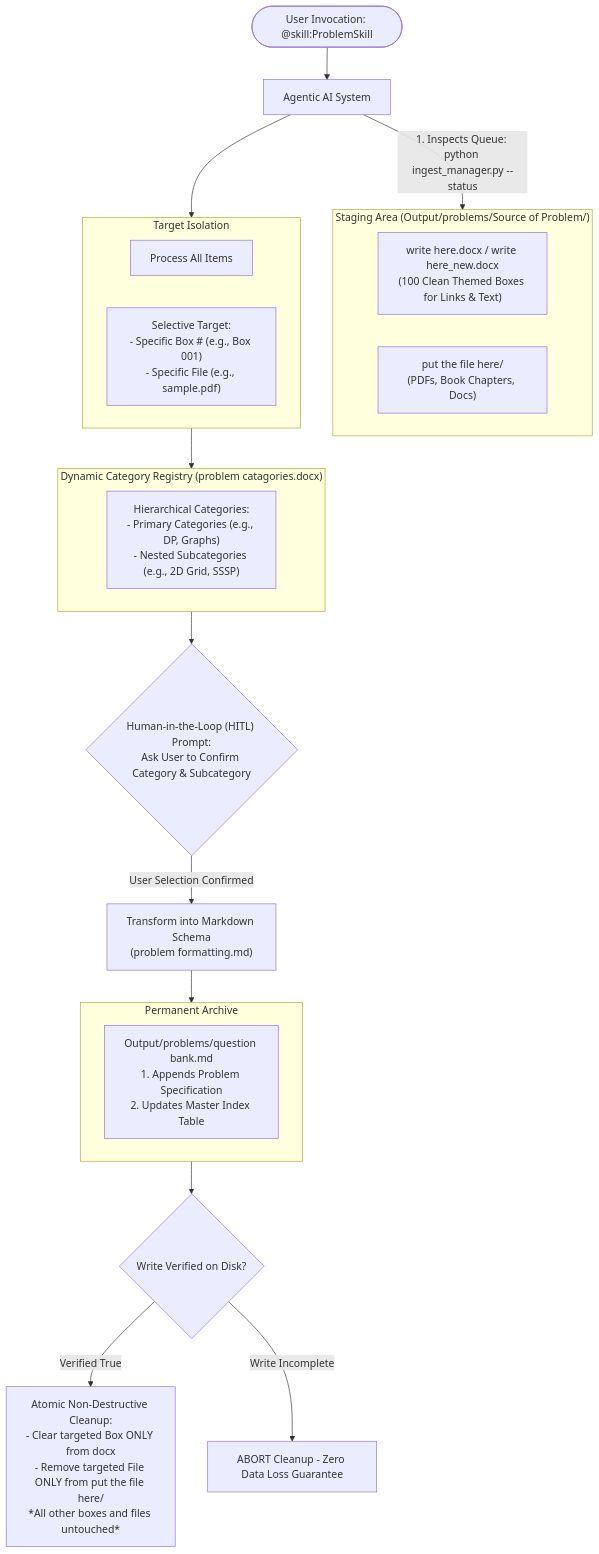
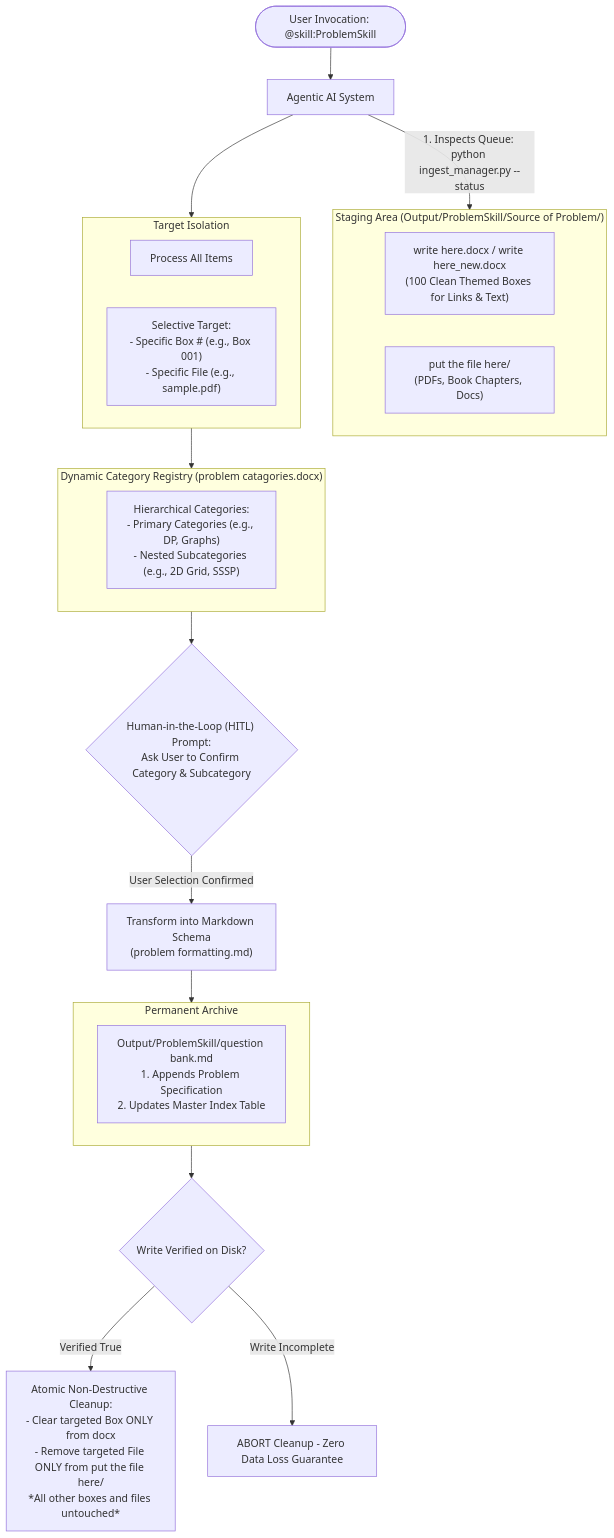
The diagram in .agent/skills/ProblemSkill/SkillArchitecture/README.md (AkmKawser/Science_Of_Coding), drawn with Mermaid before and after one commit. The commit also changed other lines of this file and 15 other files, not shown here.

Commit message:
Organize Output directory into skill-specific output folders (ProblemSkill and cpbook4)

````diff
--- a/.agent/skills/ProblemSkill/SkillArchitecture/README.md
+++ b/.agent/skills/ProblemSkill/SkillArchitecture/README.md
@@ -11,39 +11,39 @@
 ```mermaid
 flowchart TD
     User([User Invocation: @skill:ProblemSkill]) --> Agent[Agentic AI System]
     
-    subgraph StagingArea["Staging Area (Output/problems/Source of Problem/)"]
+    subgraph StagingArea["Staging Area (Output/ProblemSkill/Source of Problem/)"]
         Docx["write here.docx / write here_new.docx<br/>(100 Clean Themed Boxes for Links & Text)"]
         Files["put the file here/<br/>(PDFs, Book Chapters, Docs)"]
     end
     
     Agent -->|1. Inspects Queue: python ingest_manager.py --status| StagingArea
     
     subgraph TargetScope["Target Isolation"]
         TAll["Process All Items"]
         TSingle["Selective Target:<br/>- Specific Box # (e.g., Box 001)<br/>- Specific File (e.g., sample.pdf)"]
     end
     
     Agent --> TargetScope
     
     subgraph DynamicCategories["Dynamic Category Registry (problem catagories.docx)"]
         CatTree["Hierarchical Categories:<br/>- Primary Categories (e.g., DP, Graphs)<br/>- Nested Subcategories (e.g., 2D Grid, SSSP)"]
     end
     
     TargetScope --> DynamicCategories
     
     DynamicCategories --> HITL{"Human-in-the-Loop (HITL) Prompt:<br/>Ask User to Confirm Category & Subcategory"}
     
     HITL -->|User Selection Confirmed| Formatter["Transform into Markdown Schema<br/>(problem formatting.md)"]
     
     subgraph PersistentDatabase["Permanent Archive"]
-        QBank["Output/problems/question bank.md<br/>1. Appends Problem Specification<br/>2. Updates Master Index Table"]
+        QBank["Output/ProblemSkill/question bank.md<br/>1. Appends Problem Specification<br/>2. Updates Master Index Table"]
     end
     
     Formatter --> PersistentDatabase
     
     PersistentDatabase --> Verification{"Write Verified on Disk?"}
     
     Verification -->|Verified True| AtomicCleanup["Atomic Non-Destructive Cleanup:<br/>- Clear targeted Box ONLY from docx<br/>- Remove targeted File ONLY from put the file here/<br/>*All other boxes and files untouched*"]
     Verification -->|Write Incomplete| Abort["ABORT Cleanup - Zero Data Loss Guarantee"]
 ```
````
